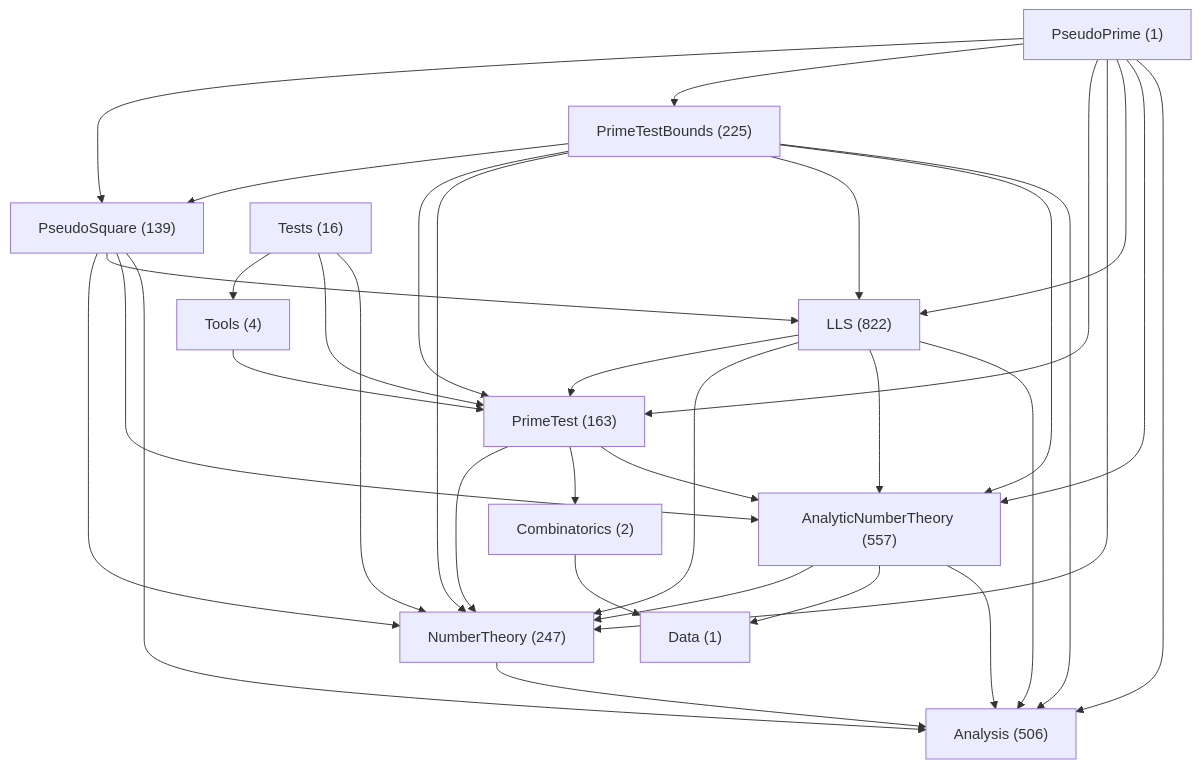
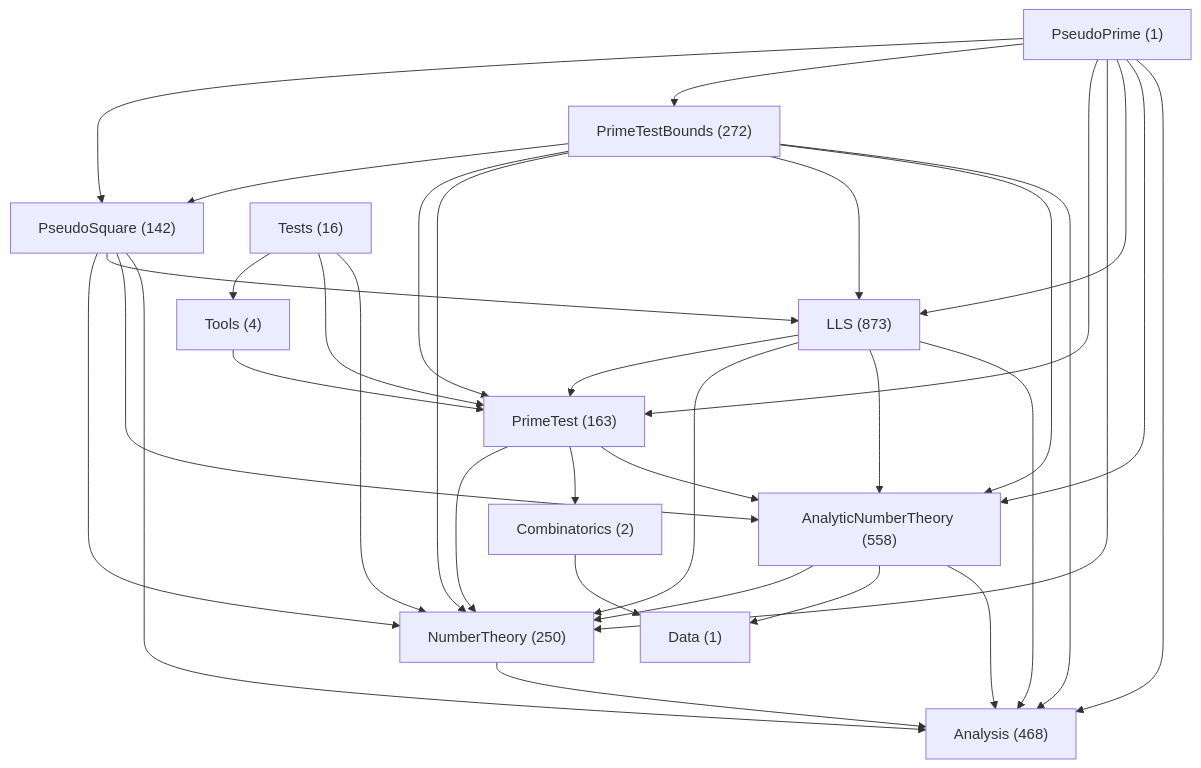
One commit to mizar/PseudoPrimeLean changed the diagram in doc/NamespaceLayout.md. Above: the diagram before and after it, drawn with Mermaid. The commit also changed other lines of this file and 1 other file, not shown here.

````diff
--- a/doc/NamespaceLayout.md
+++ b/doc/NamespaceLayout.md
@@ -36,48 +80,48 @@
 ```mermaid
 flowchart TD
     N0["PseudoPrime (1)"]
-    N1["Analysis (506)"]
-    N2["AnalyticNumberTheory (557)"]
+    N1["Analysis (468)"]
+    N2["AnalyticNumberTheory (558)"]
     N3["Combinatorics (2)"]
     N4["Data (1)"]
-    N5["LLS (822)"]
-    N6["NumberTheory (247)"]
+    N5["LLS (873)"]
+    N6["NumberTheory (250)"]
     N7["PrimeTest (163)"]
-    N8["PrimeTestBounds (225)"]
-    N9["PseudoSquare (139)"]
+    N8["PrimeTestBounds (272)"]
+    N9["PseudoSquare (142)"]
     N10["Tests (16)"]
     N11["Tools (4)"]
     N0 --> N1
     N0 --> N2
     N0 --> N5
     N0 --> N6
     N0 --> N7
     N0 --> N8
     N0 --> N9
     N2 --> N1
     N2 --> N4
     N2 --> N6
     N3 --> N4
     N5 --> N1
     N5 --> N2
     N5 --> N6
     N5 --> N7
     N6 --> N1
     N7 --> N2
     N7 --> N3
     N7 --> N6
     N8 --> N1
     N8 --> N2
     N8 --> N5
     N8 --> N6
     N8 --> N7
     N8 --> N9
     N9 --> N1
     N9 --> N2
     N9 --> N5
     N9 --> N6
     N10 --> N6
     N10 --> N7
     N10 --> N11
     N11 --> N7
 ```
````
